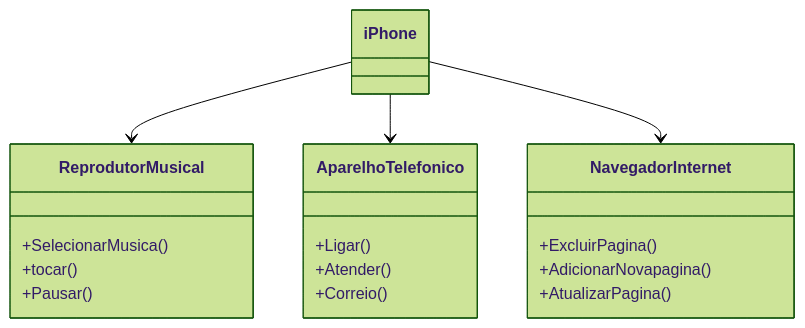
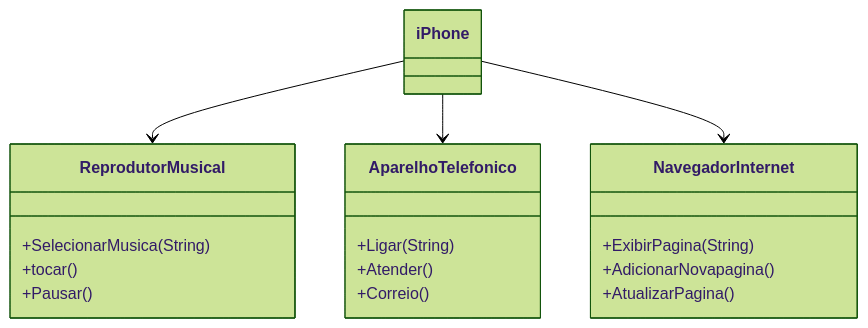
The diagram in Desafios/Poo/Componente-Iphone/README.md (MarcosMVBA/DIO-Trilha-Java-Basico), drawn with Mermaid (forest theme) before and after one commit.

````diff
--- a/Desafios/Poo/Componente-Iphone/README.md
+++ b/Desafios/Poo/Componente-Iphone/README.md
@@ -1,26 +1,26 @@
 ```mermaid
 classDiagram
 
     class ReprodutorMusical{
           
-      +SelecionarMusica()
+      +SelecionarMusica(String)
       +tocar()
       +Pausar()
       }
 
     class AparelhoTelefonico{
-      +Ligar()
+      +Ligar(String)
       +Atender()
       +Correio()
     }
     class NavegadorInternet{
 
-      +ExcluirPagina()
+      +ExibirPagina(String)
       +AdicionarNovapagina()
       +AtualizarPagina()
     }
 
     iPhone --> ReprodutorMusical
     iPhone --> AparelhoTelefonico
     iPhone --> NavegadorInternet
 ```
````
